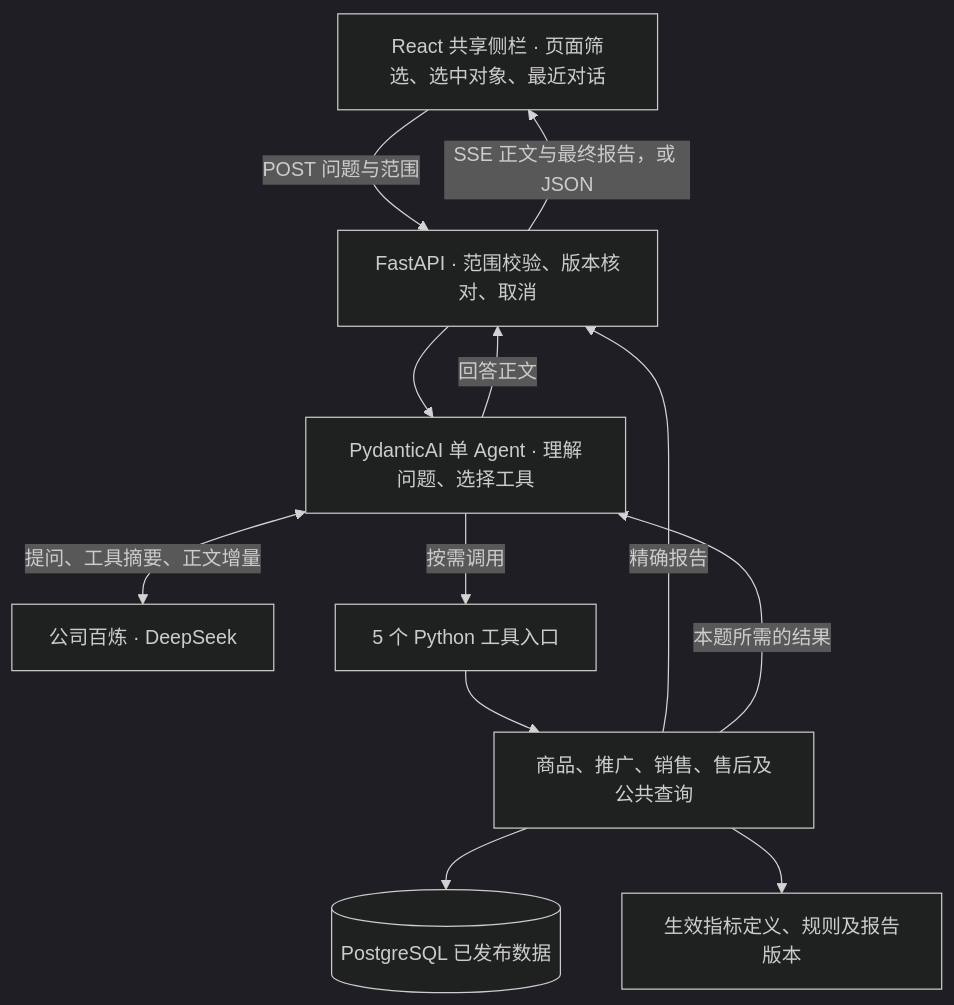
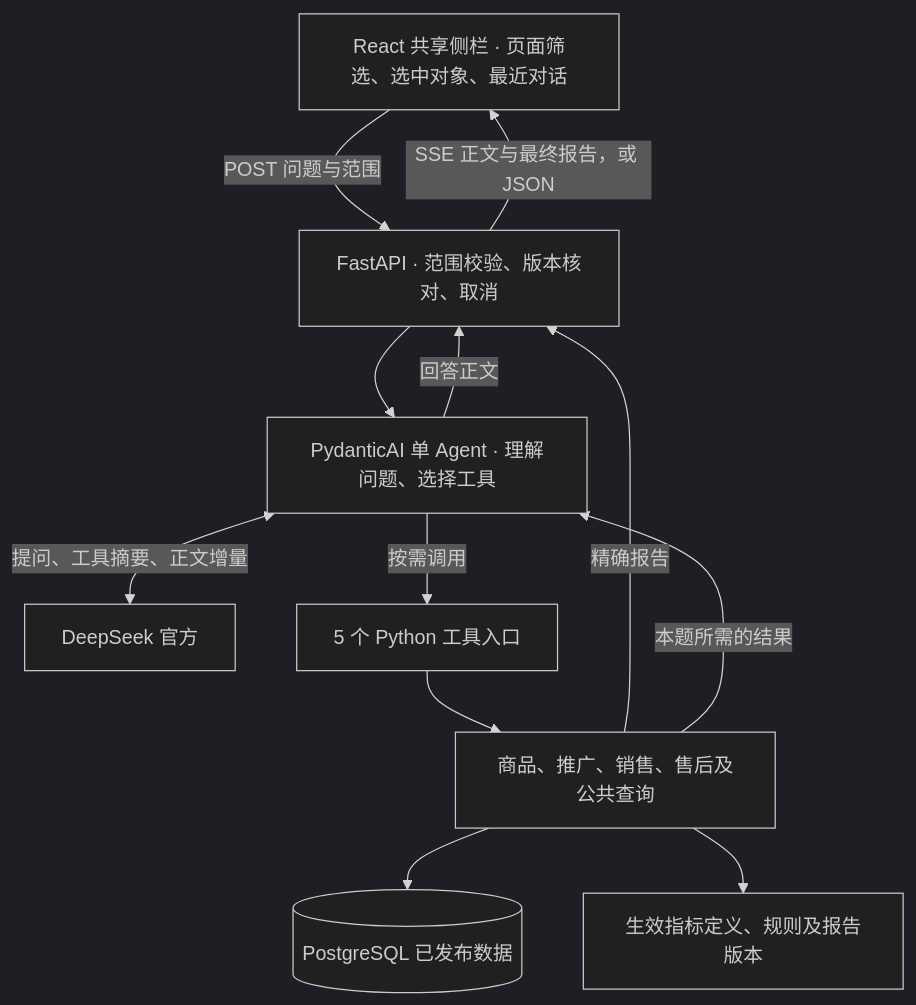
One commit to sunny-orb/pdd-operations-platform changed the diagram in docs/implementation/ai-assistance.md. Above: the diagram before and after it, drawn with Mermaid (dark theme). The commit also changed other lines of this file and 22 other files, not shown here.

````diff
--- a/docs/implementation/ai-assistance.md
+++ b/docs/implementation/ai-assistance.md
@@ -7,14 +7,14 @@
 ```mermaid
 flowchart TD
   UI["React 共享侧栏 · 页面筛选、选中对象、最近对话"] -->|"POST 问题与范围"| API["FastAPI · 范围校验、版本核对、取消"]
   API --> AG["PydanticAI 单 Agent · 理解问题、选择工具"]
-  AG <-->|"提问、工具摘要、正文增量"| MODEL["公司百炼 · DeepSeek"]
+  AG <-->|"提问、工具摘要、正文增量"| MODEL["DeepSeek 官方"]
   AG -->|"按需调用"| TOOLS["5 个 Python 工具入口"]
   TOOLS --> DOMAIN["商品、推广、销售、售后及公共查询"]
   DOMAIN --> PG[("PostgreSQL 已发布数据")]
   DOMAIN --> RULE["生效指标定义、规则及报告版本"]
   DOMAIN -->|"精确报告"| API
   DOMAIN -->|"本题所需的结果"| AG
   AG -->|"回答正文"| API
   API -->|"SSE 正文与最终报告，或 JSON"| UI
 ```
````
